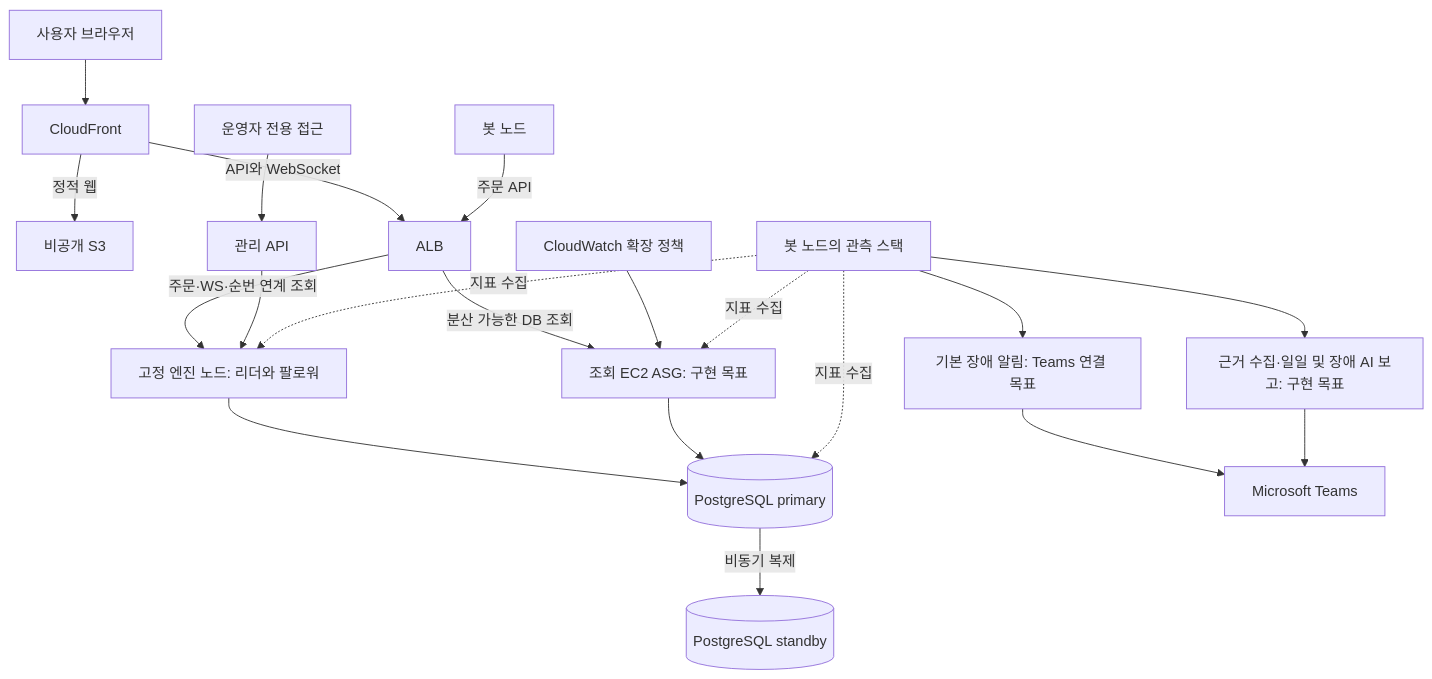
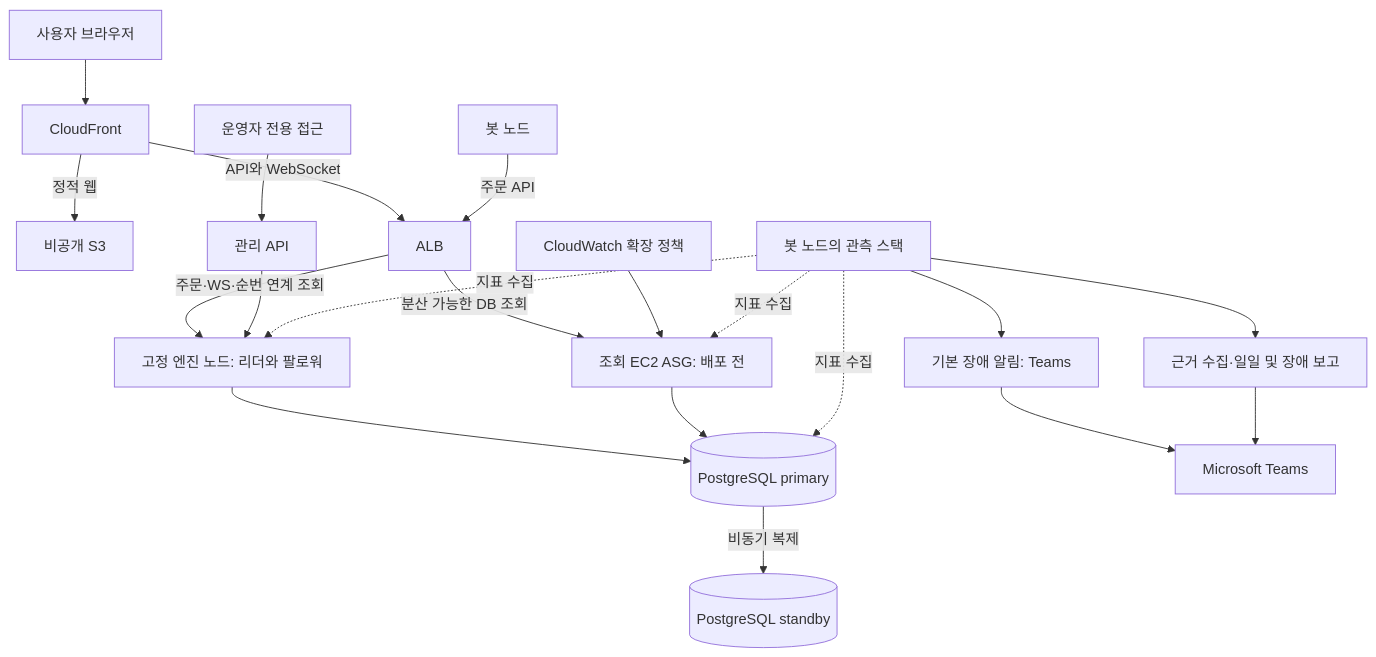
One commit to SanghyeokLee-KR/failstop changed the diagram in docs/reference/adr/0099-current-architecture.md. Above: the diagram before and after it, drawn with Mermaid. The commit also changed other lines of this file and 223 other files, not shown here.

````diff
--- a/docs/reference/adr/0099-current-architecture.md
+++ b/docs/reference/adr/0099-current-architecture.md
@@ -27,22 +27,22 @@
 ```mermaid
 flowchart TD
     Browser[사용자 브라우저] --> CF[CloudFront]
     CF -->|정적 웹| S3[비공개 S3]
     CF -->|API와 WebSocket| ALB[ALB]
     ALB -->|주문·WS·순번 연계 조회| Apps[고정 엔진 노드: 리더와 팔로워]
-    ALB -->|분산 가능한 DB 조회| Readers[조회 EC2 ASG: 구현 목표]
+    ALB -->|분산 가능한 DB 조회| Readers[조회 EC2 ASG: 배포 전]
     CW[CloudWatch 확장 정책] --> Readers
     Bot[봇 노드] -->|주문 API| ALB
     Apps --> Primary[(PostgreSQL primary)]
     Readers --> Primary
     Primary -->|비동기 복제| Standby[(PostgreSQL standby)]
     Ops[운영자 전용 접근] --> Admin[관리 API]
     Admin --> Apps
     Metrics[봇 노드의 관측 스택] -. 지표 수집 .-> Apps
     Metrics -. 지표 수집 .-> Readers
     Metrics -. 지표 수집 .-> Primary
-    Metrics --> Alerts[기본 장애 알림: Teams 연결 목표]
+    Metrics --> Alerts[기본 장애 알림: Teams]
     Alerts --> Teams[Microsoft Teams]
-    Metrics --> Report[근거 수집·일일 및 장애 AI 보고: 구현 목표]
+    Metrics --> Report[근거 수집·일일 및 장애 보고]
     Report --> Teams
 ```
````
